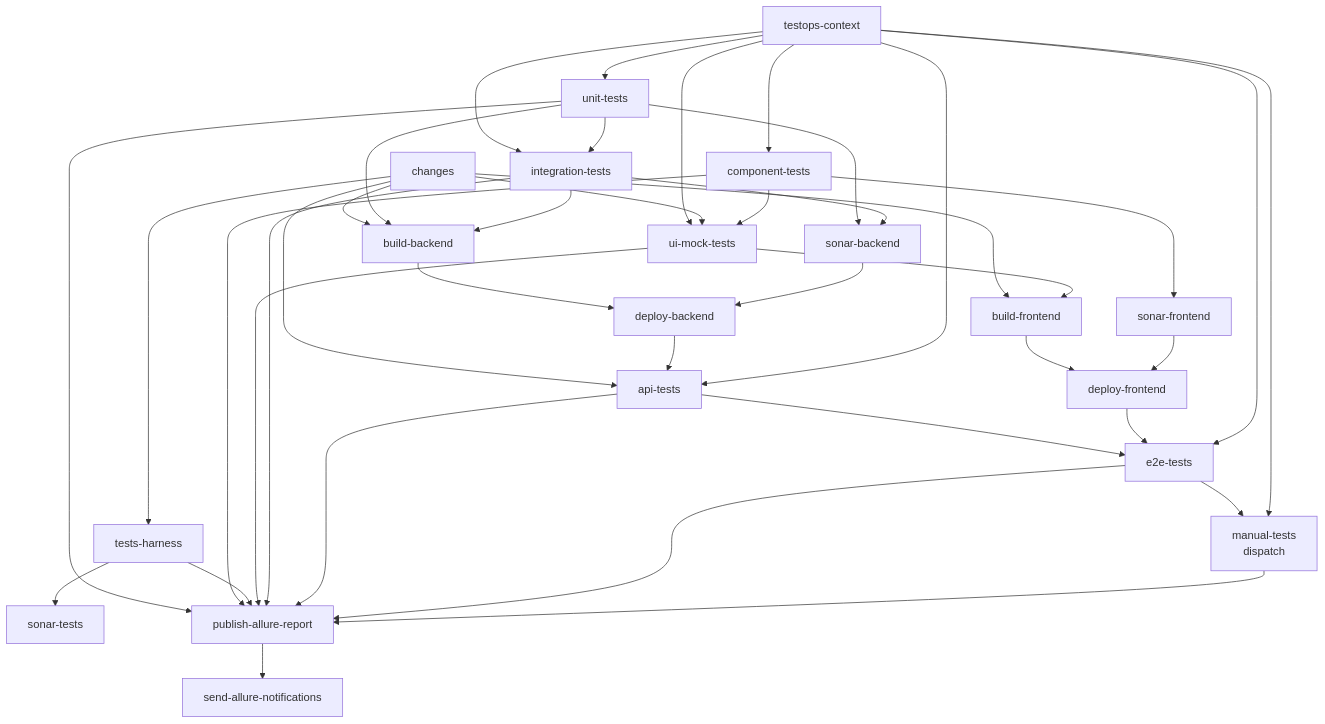
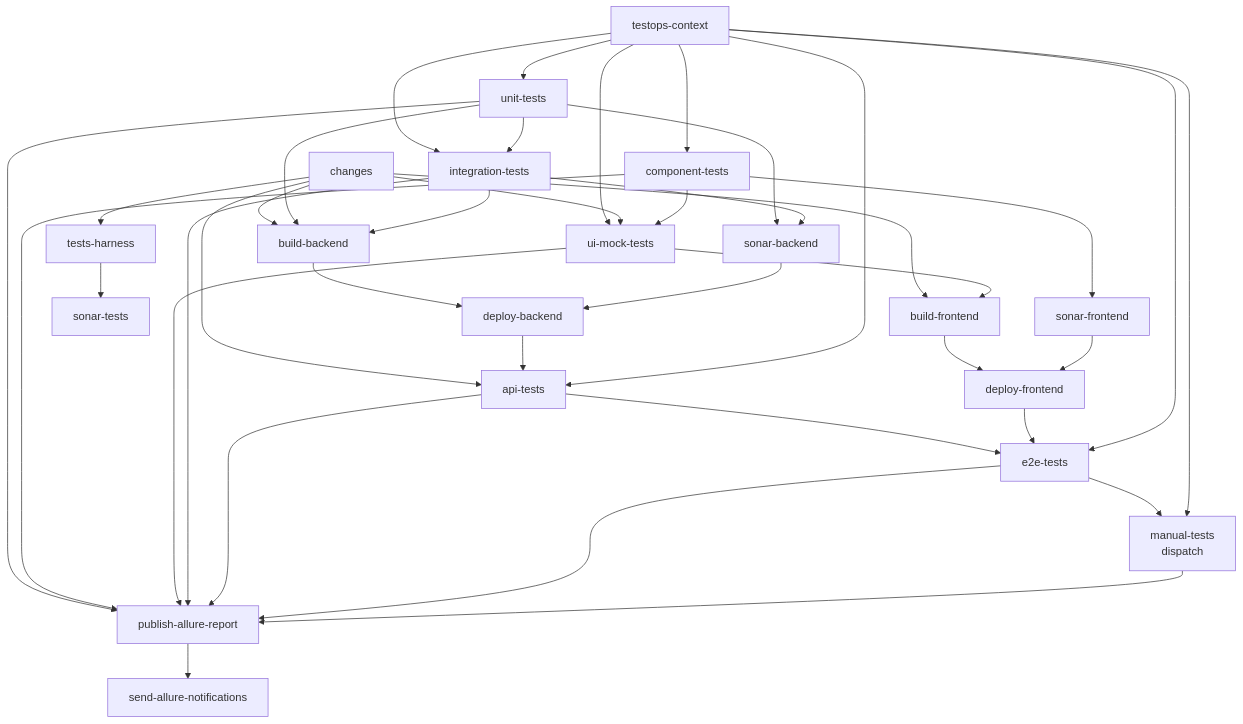
One commit to autotests-ai/autotests-ai-multistack-app changed the diagram in README.md. Above: the diagram before and after it, drawn with Mermaid. The commit also changed 1 other file, not shown here.

Commit message:
ci: drop tests-harness from publish-allure-report needs
Harness no longer emits allure-results; the edge was leftover fan-in.

````diff
--- a/README.md
+++ b/README.md
@@ -79,46 +79,46 @@
 ```mermaid
 flowchart TB
   TOC[testops-context]
   CH[changes]
 
   TOC --> UNIT[unit-tests]
   TOC --> COMP[component-tests]
   CH --> H[tests-harness]
   TOC --> MOCK[ui-mock-tests]
   TOC --> INT[integration-tests]
 
   CH --> MOCK
   CH --> BB
   CH --> BF
   CH --> API
 
   UNIT --> INT
   UNIT --> SB[sonar-backend]
   INT --> SB
   COMP --> SF[sonar-frontend]
   COMP --> MOCK
   H --> ST[sonar-tests]
 
   UNIT --> BB[build-backend]
   INT --> BB
   MOCK --> BF[build-frontend]
 
   BB --> DB[deploy-backend]
   SB --> DB
 
   BF --> DF[deploy-frontend]
   SF --> DF
 
   DB --> API[api-tests]
   TOC --> API
 
   API --> E2E[e2e-tests]
   DF --> E2E
   TOC --> E2E
 
   E2E --> MAN[manual-tests<br/>dispatch]
   TOC --> MAN
 
-  UNIT & COMP & H & MOCK & INT & API & E2E & MAN --> PUB[publish-allure-report]
+  UNIT & COMP & MOCK & INT & API & E2E & MAN --> PUB[publish-allure-report]
   PUB --> NTF[send-allure-notifications]
 ```
````
